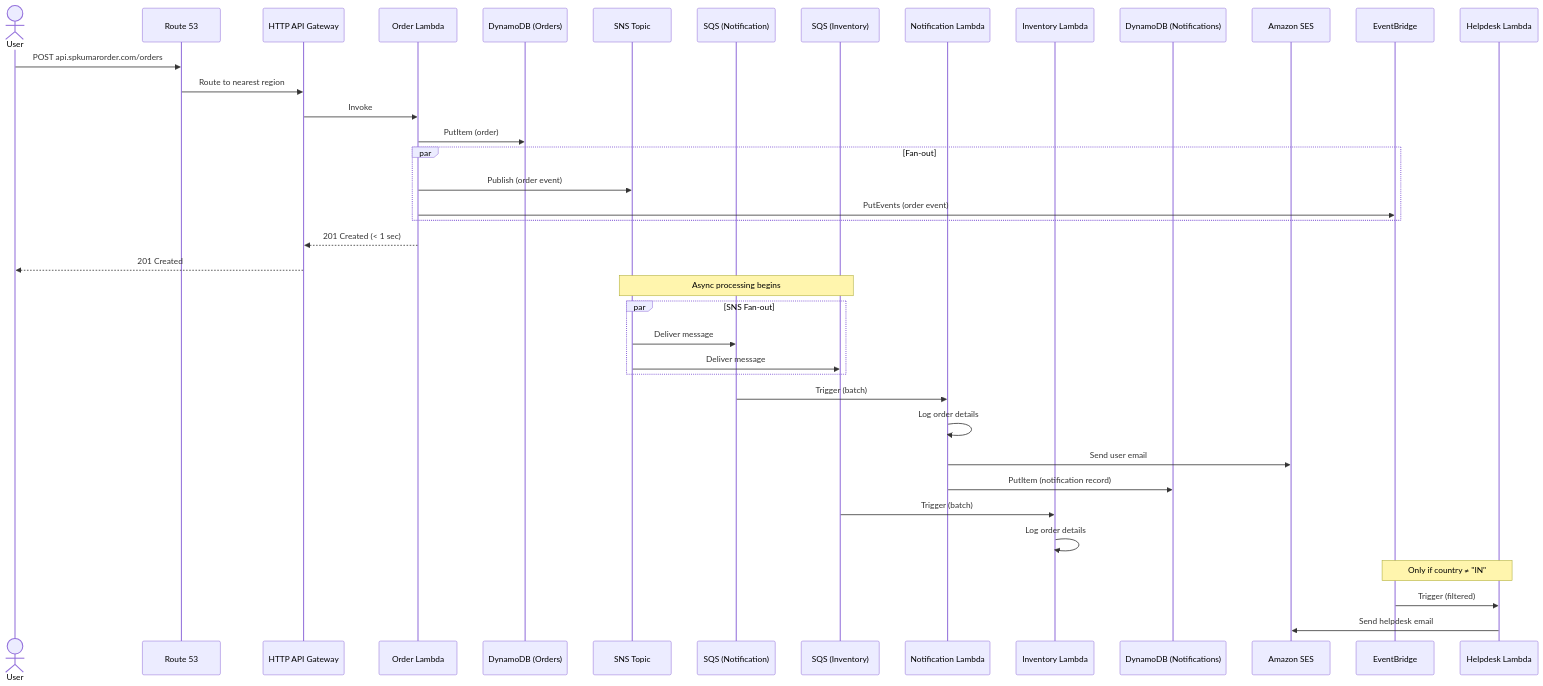
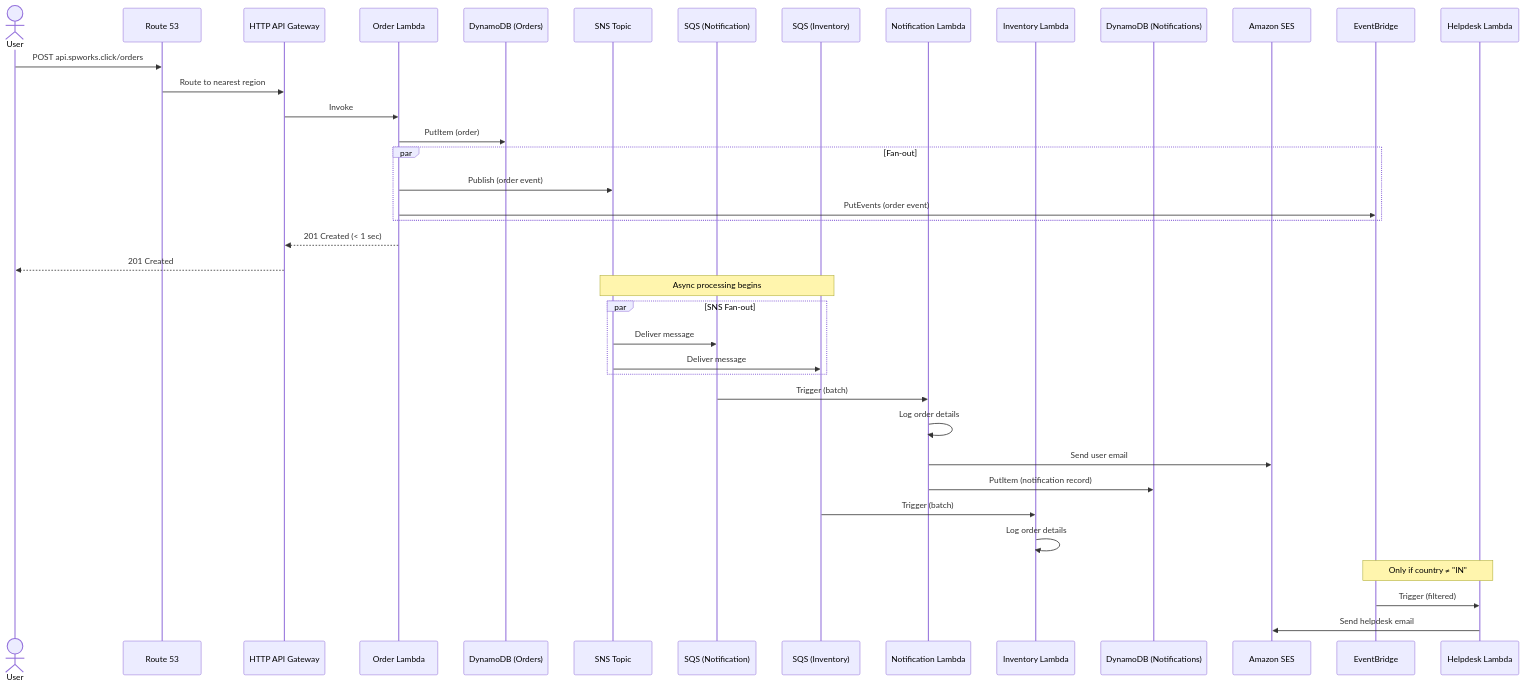
Before and after one commit to SandeepPamujula/order-notification-distributed: the third of 8 diagrams in docs/architecture.md, drawn with Mermaid. The commit also changed other lines of this file and 20 other files, not shown here.

````diff
--- a/docs/architecture.md
+++ b/docs/architecture.md
@@ -232,46 +232,46 @@
 ```mermaid
 sequenceDiagram
     actor User
     participant R53 as Route 53
     participant APIGW as HTTP API Gateway
     participant OL as Order Lambda
     participant DDB as DynamoDB (Orders)
     participant SNS as SNS Topic
     participant SQS_N as SQS (Notification)
     participant SQS_I as SQS (Inventory)
     participant NL as Notification Lambda
     participant IL as Inventory Lambda
     participant DDB_NOTIF as DynamoDB (Notifications)
     participant SES as Amazon SES
     participant EB as EventBridge
     participant HL as Helpdesk Lambda
 
-    User->>R53: POST api.spkumarorder.com/orders
+    User->>R53: POST api.spworks.click/orders
     R53->>APIGW: Route to nearest region
     APIGW->>OL: Invoke
     OL->>DDB: PutItem (order)
     par Fan-out
         OL->>SNS: Publish (order event)
         OL->>EB: PutEvents (order event)
     end
     OL-->>APIGW: 201 Created (< 1 sec)
     APIGW-->>User: 201 Created
 
     Note over SNS,SQS_I: Async processing begins
     par SNS Fan-out
         SNS->>SQS_N: Deliver message
         SNS->>SQS_I: Deliver message
     end
 
     SQS_N->>NL: Trigger (batch)
     NL->>NL: Log order details
     NL->>SES: Send user email
     NL->>DDB_NOTIF: PutItem (notification record)
 
     SQS_I->>IL: Trigger (batch)
     IL->>IL: Log order details
 
     Note over EB,HL: Only if country ≠ "IN"
     EB->>HL: Trigger (filtered)
     HL->>SES: Send helpdesk email
 ```
````
